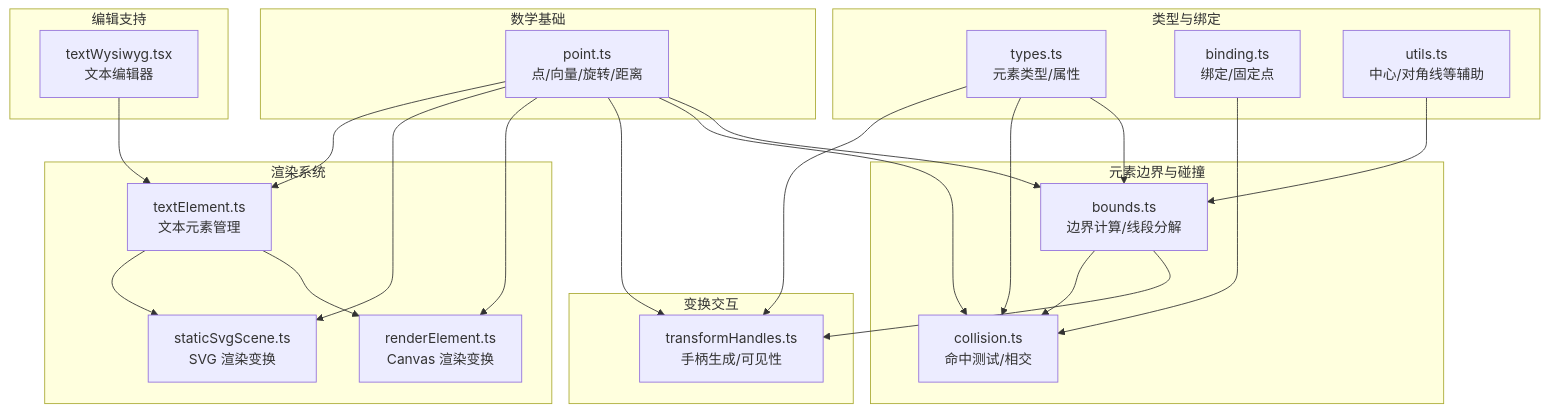
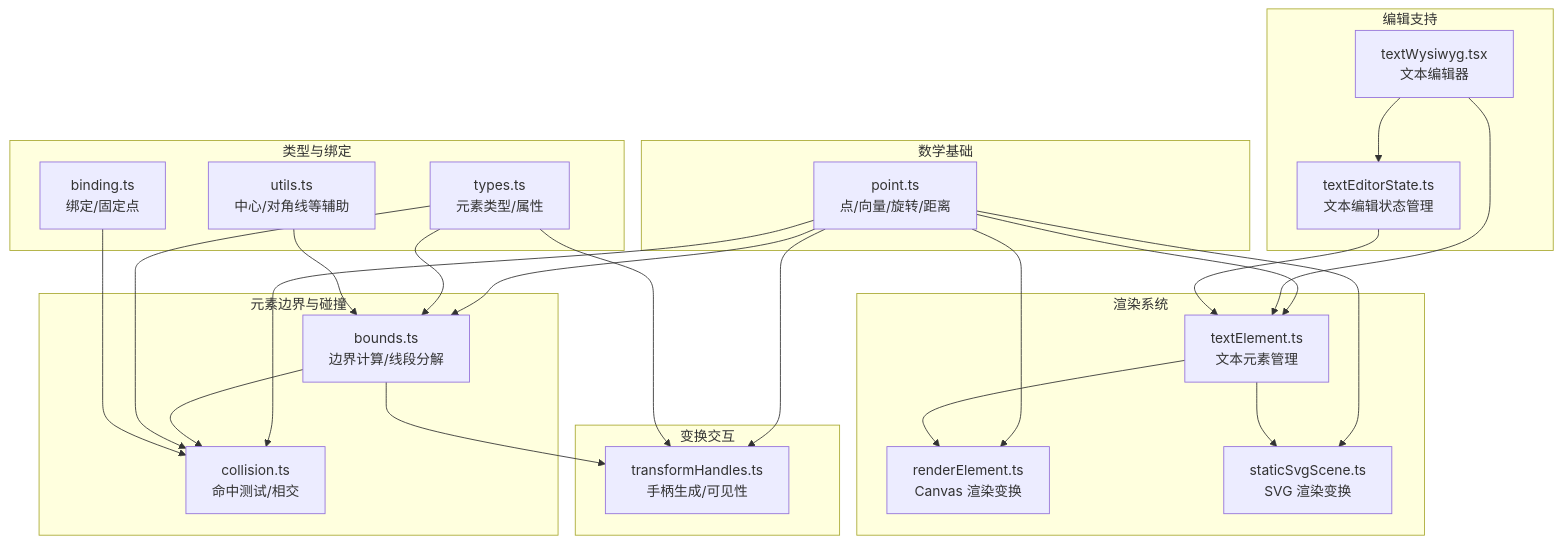
The first of 10 diagrams in .qoder/repowiki/zh/content/元素系统/元素变换系统.md (Az-qianchen/Excalidraw), drawn with Mermaid before and after one commit. The commit also changed other lines of this file and 61 other files, not shown here.

````diff
--- a/.qoder/repowiki/zh/content/元素系统/元素变换系统.md
+++ b/.qoder/repowiki/zh/content/元素系统/元素变换系统.md
@@ -54,42 +63,45 @@
 ```mermaid
 graph TB
 subgraph "数学基础"
 M1["point.ts<br/>点/向量/旋转/距离"]
 end
 subgraph "元素边界与碰撞"
 E1["bounds.ts<br/>边界计算/线段分解"]
 E2["collision.ts<br/>命中测试/相交"]
 end
 subgraph "变换交互"
 T1["transformHandles.ts<br/>手柄生成/可见性"]
 end
 subgraph "渲染系统"
 R1["renderElement.ts<br/>Canvas 渲染变换"]
 R2["staticSvgScene.ts<br/>SVG 渲染变换"]
 R3["textElement.ts<br/>文本元素管理"]
 end
 subgraph "类型与绑定"
 U1["types.ts<br/>元素类型/属性"]
 U2["binding.ts<br/>绑定/固定点"]
 U3["utils.ts<br/>中心/对角线等辅助"]
 end
 subgraph "编辑支持"
 W1["textWysiwyg.tsx<br/>文本编辑器"]
+W2["textEditorState.ts<br/>文本编辑状态管理"]
 end
 M1 --> E1
 M1 --> E2
 M1 --> T1
 M1 --> R1
 M1 --> R2
 M1 --> R3
 E1 --> T1
 E1 --> E2
 U1 --> E1
 U1 --> E2
 U1 --> T1
 U2 --> E2
 U3 --> E1
 R3 --> R1
 R3 --> R2
 W1 --> R3
+W1 --> W2
+W2 --> R3
 ```
````
